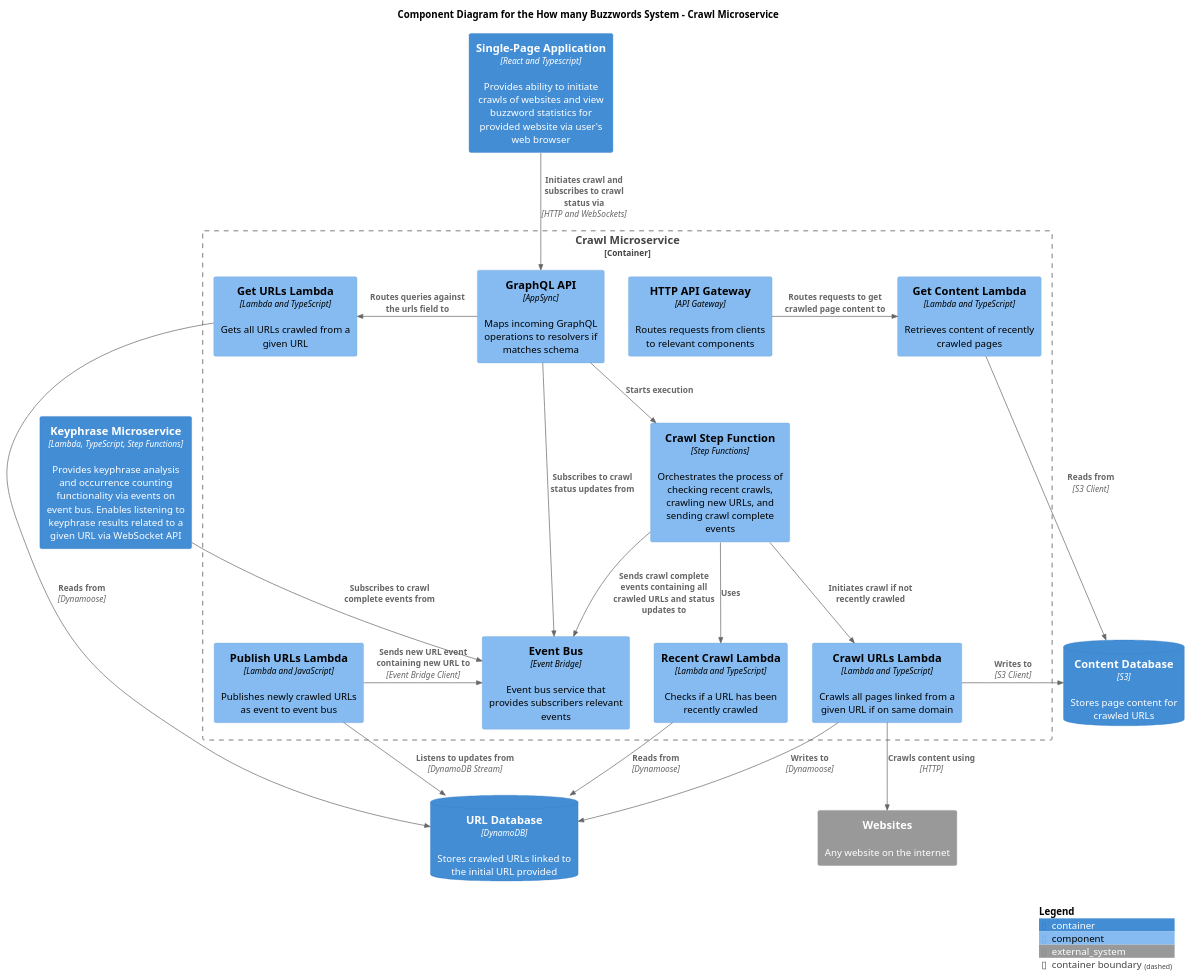
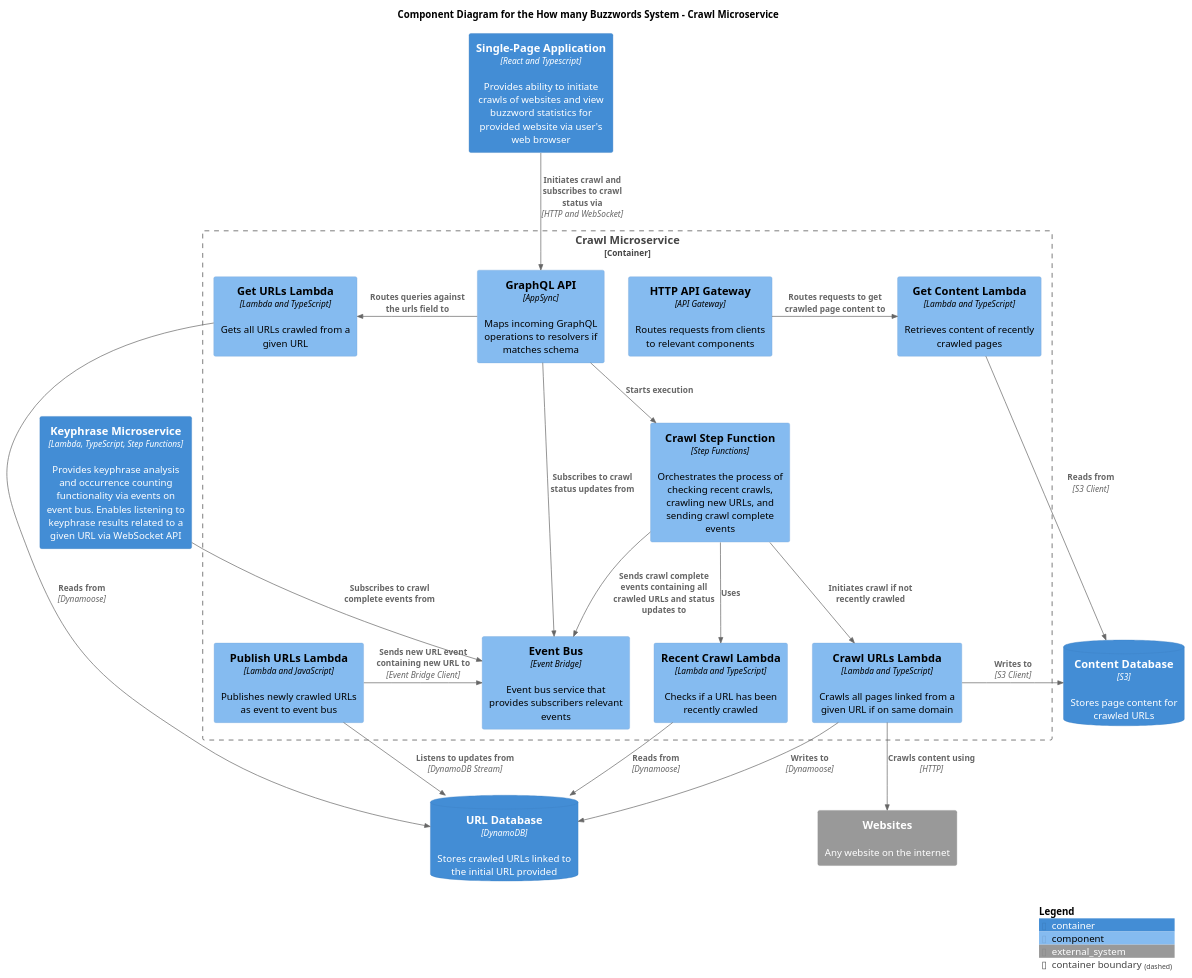
Before and after one commit to ashley-evans/how-many-buzzwords: the diagram in docs/c4-diagrams/buzzword-c4-component-crawl-microservice.puml, drawn with PlantUML. The commit also changed 1 other file, not shown here.

Commit message:
Update buzzword crawl component and container diagram to refer to websocket as singular

```diff
--- a/docs/c4-diagrams/buzzword-c4-component-crawl-microservice.puml
+++ b/docs/c4-diagrams/buzzword-c4-component-crawl-microservice.puml
@@ -1,56 +1,56 @@
 @startuml Buzzword C4 Component Diagram
 
 !include https://raw.githubusercontent.com/plantuml-stdlib/C4-PlantUML/master/C4_Component.puml
 
 title Component Diagram for the How many Buzzwords System - Crawl Microservice
 
 Container(single_page_application, "Single-Page Application", "React and Typescript", $descr="Provides ability to initiate crawls of websites and view buzzword statistics for provided website via user's web browser")
 Container(keyphrase_microservice, "Keyphrase Microservice", "Lambda, TypeScript, Step Functions", "Provides keyphrase analysis and occurrence counting functionality via events on event bus. Enables listening to keyphrase results related to a given URL via WebSocket API")
 
 Container_Boundary(crawl_microservice_boundary, "Crawl Microservice") {
     Component(api_gateway, "HTTP API Gateway", "API Gateway", "Routes requests from clients to relevant components")
     Component(graphql_api, "GraphQL API", "AppSync", "Maps incoming GraphQL operations to resolvers if matches schema")
     Component(step_function, "Crawl Step Function", "Step Functions", "Orchestrates the process of checking recent crawls, crawling new URLs, and sending crawl complete events")
     Component(recent_crawl_lambda, "Recent Crawl Lambda", "Lambda and TypeScript", "Checks if a URL has been recently crawled")
     Component(crawl_urls_lambda, "Crawl URLs Lambda", "Lambda and TypeScript", "Crawls all pages linked from a given URL if on same domain")
     Component(get_content_lambda, "Get Content Lambda", "Lambda and TypeScript", "Retrieves content of recently crawled pages")
     Component(get_urls_lambda, "Get URLs Lambda", "Lambda and TypeScript", "Gets all URLs crawled from a given URL")
     Component(publish_urls_lambda, "Publish URLs Lambda", "Lambda and JavaScript", "Publishes newly crawled URLs as event to event bus")
     Component(event_bus, "Event Bus", "Event Bridge", "Event bus service that provides subscribers relevant events")
 }
 
 ContainerDb(url_db, "URL Database", "DynamoDB", $descr="Stores crawled URLs linked to the initial URL provided")
 ContainerDb(content_db, "Content Database", "S3", $descr="Stores page content for crawled URLs")
 
 System_Ext(websites, "Websites", "Any website on the internet")
 
-Rel(single_page_application, graphql_api, "Initiates crawl and subscribes to crawl status via", "HTTP and WebSockets")
+Rel(single_page_application, graphql_api, "Initiates crawl and subscribes to crawl status via", "HTTP and WebSocket")
 
 Rel(graphql_api, step_function, "Starts execution")
 Rel_L(graphql_api, get_urls_lambda, "Routes queries against the urls field to")
 
 Rel_R(api_gateway, get_content_lambda, "Routes requests to get crawled page content to")
 
 Rel(step_function, recent_crawl_lambda, "Uses")
 Rel(step_function, crawl_urls_lambda, "Initiates crawl if not recently crawled")
 Rel(step_function, event_bus, "Sends crawl complete events containing all crawled URLs and status updates to")
 
 Rel(recent_crawl_lambda, url_db, "Reads from", "Dynamoose")
 
 Rel(crawl_urls_lambda, url_db, "Writes to", "Dynamoose")
 Rel_R(crawl_urls_lambda, content_db, "Writes to", "S3 Client")
 Rel_D(crawl_urls_lambda, websites, "Crawls content using", "HTTP")
 
 Rel(get_urls_lambda, url_db, "Reads from", "Dynamoose")
 
 Rel(get_content_lambda, content_db, "Reads from", "S3 Client")
 
 Rel_U(publish_urls_lambda, url_db, "Listens to updates from", "DynamoDB Stream")
 Rel_R(publish_urls_lambda, event_bus, "Sends new URL event containing new URL to", "Event Bridge Client")
 
 Rel(keyphrase_microservice, event_bus, "Subscribes to crawl complete events from")
 Rel(graphql_api, event_bus, "Subscribes to crawl status updates from")
 
 SHOW_LEGEND()
 
 @enduml
```
